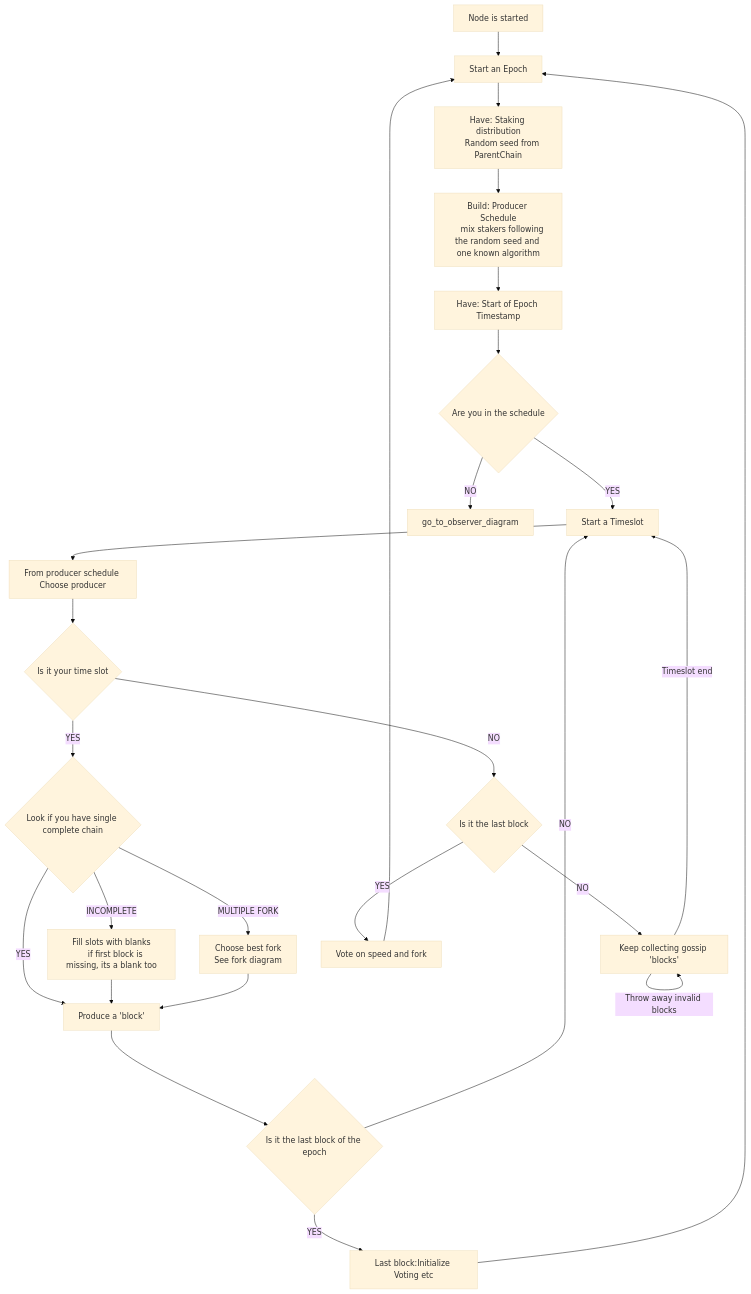
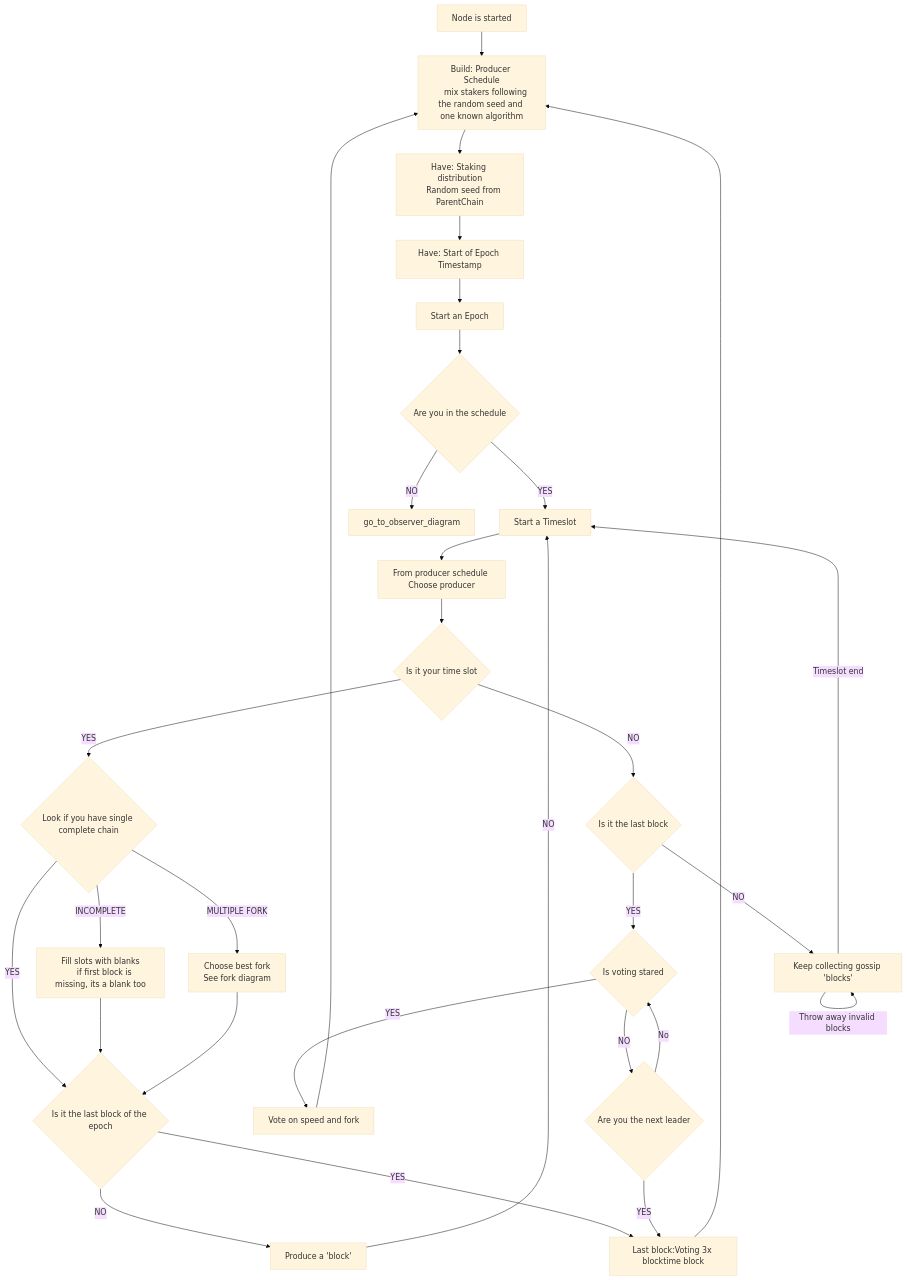
Before and after one commit to aeternity/hyperchains-whitepaper: the sixth of 10 diagrams in Periodically-Syncing-HyperChains.md, drawn with Mermaid (base theme).

````diff
--- a/Periodically-Syncing-HyperChains.md
+++ b/Periodically-Syncing-HyperChains.md
@@ -634,61 +634,68 @@
 ```mermaid
 graph TD
     start["Node is started"]
     producer{"Are you in the schedule"}
     n0["Have: Staking distribution
     Random seed from ParentChain"]
-    n1["Build: Producer Schedule
+    n3["Build: Producer Schedule
     mix stakers following the random seed and one known algorithm"]
-    n2["Have: Start of Epoch Timestamp"]
-    n3["Start an Epoch"]
+    n1["Have: Start of Epoch Timestamp"]
+    n2["Start an Epoch"]
 
     n4["Start a Timeslot"]
     n5["From producer schedule Choose producer"]
     n6{"Is it your time slot"}
     n7["Keep collecting gossip 'blocks'"]
     n8{"Look if you have single complete chain"}
-    n9["Produce a 'block'"]
+    n12["Produce a 'block'"]
     n10["Choose best fork
     See fork diagram"]
     n11["Fill slots with blanks
     if first block is missing, its a blank too"]
-    n12{"Is it the last block of the epoch"}
-    lastp["Last block:Initialize Voting etc"]
+    n9{"Is it the last block of the epoch"}
+    lastp["Last block:Voting 3x blocktime block"]
     last{"Is it the last block"}
+    voting{"Is voting stared"}
     vote["Vote on speed and fork"]
+    become_last_leader{"Are you the next leader"}
 
     start --> n3
 
     n0 --> n1
     n1 --> n2
     n3 --> n0
     n2 --> producer
     producer -->|NO|go_to_observer_diagram
     producer -->|YES| n4
 
     n4 --> n5
     n5 --> n6
     n6 -->|NO| last
     n6 -->|YES| n8
 
     n7 --> |Throw away invalid blocks| n7
     n7 --> |Timeslot end| n4
 
 
     n8 -->|YES| n9
     n8 -->|MULTIPLE FORK| n10
     n8 -->|INCOMPLETE| n11
 
-    n9 --> n12
+    n9 -->|NO| n12
     n11 --> n9
     n10 --> n9
     n12 -->|NO| n4
-    n12 -->|YES| lastp
+    n9 -->|YES| lastp
 
     lastp --> n3
 
-    last -->|YES| vote
+    last -->|YES| voting
+    voting -->|YES| vote
+    voting -->|NO| become_last_leader
     last -->|NO| n7
     vote --> n3
+    become_last_leader -->|YES| lastp
+    become_last_leader -->|No| voting
+    
 
  ```
````
